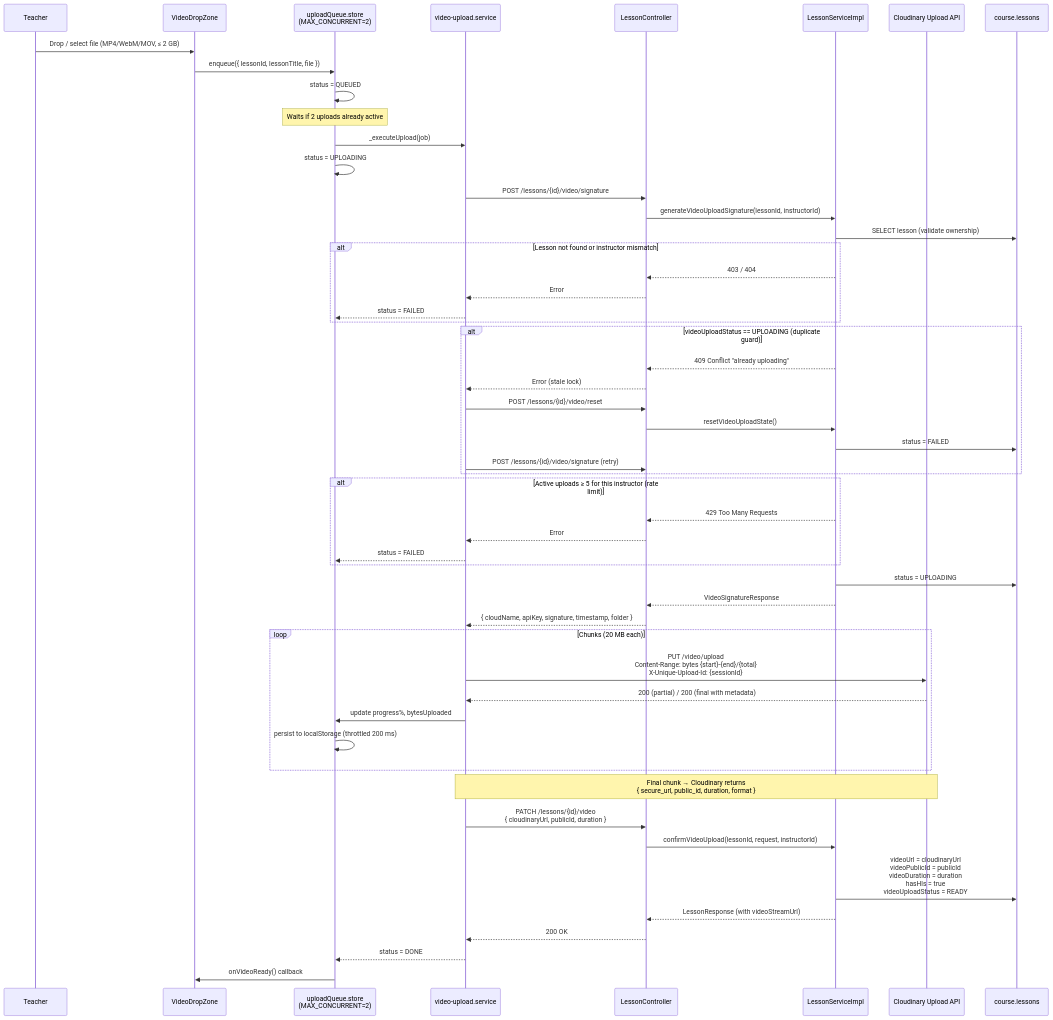
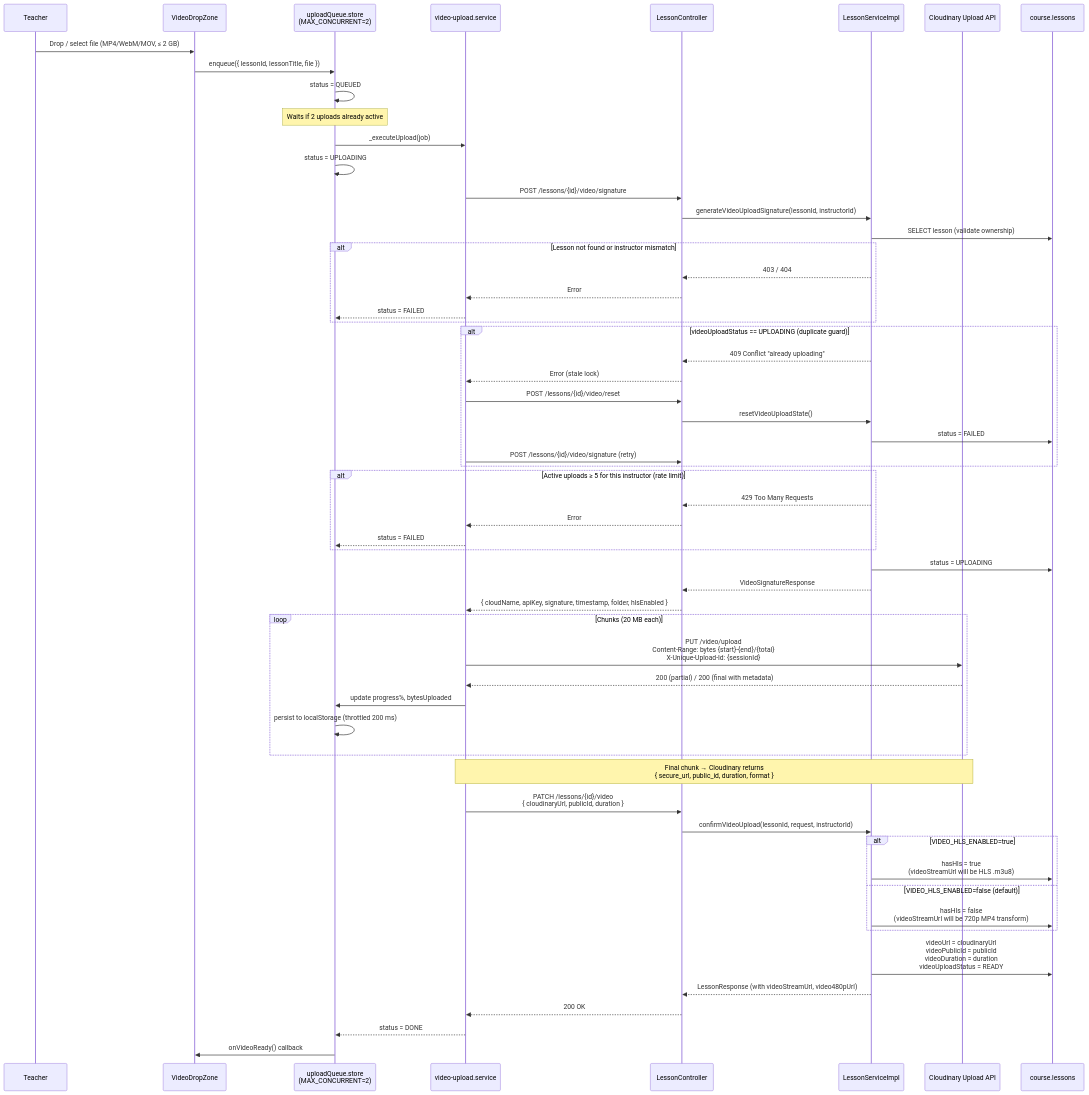
The third of 5 diagrams in docs/workflows/video_upload_workflows.md (HuuLocFIT/EduMind), drawn with Mermaid before and after one commit. The commit also changed other lines of this file and 14 other files, not shown here.

````diff
--- a/docs/workflows/video_upload_workflows.md
+++ b/docs/workflows/video_upload_workflows.md
@@ -93,66 +101,73 @@
 ```mermaid
 sequenceDiagram
     participant Teacher
     participant VDZ as VideoDropZone
     participant Queue as uploadQueue.store<br/>(MAX_CONCURRENT=2)
     participant UploadSvc as video-upload.service
     participant Backend as LessonController
     participant LessonSvc as LessonServiceImpl
     participant CldAPI as Cloudinary Upload API
     participant DB as course.lessons
 
     Teacher->>VDZ: Drop / select file (MP4/WebM/MOV, ≤ 2 GB)
     VDZ->>Queue: enqueue({ lessonId, lessonTitle, file })
     Queue->>Queue: status = QUEUED
     Note over Queue: Waits if 2 uploads already active
 
     Queue->>UploadSvc: _executeUpload(job)
     Queue->>Queue: status = UPLOADING
 
     UploadSvc->>Backend: POST /lessons/{id}/video/signature
     Backend->>LessonSvc: generateVideoUploadSignature(lessonId, instructorId)
 
     LessonSvc->>DB: SELECT lesson (validate ownership)
     alt Lesson not found or instructor mismatch
         LessonSvc-->>Backend: 403 / 404
         Backend-->>UploadSvc: Error
         UploadSvc-->>Queue: status = FAILED
     end
 
     alt videoUploadStatus == UPLOADING (duplicate guard)
         LessonSvc-->>Backend: 409 Conflict "already uploading"
         Backend-->>UploadSvc: Error (stale lock)
         UploadSvc->>Backend: POST /lessons/{id}/video/reset
         Backend->>LessonSvc: resetVideoUploadState()
         LessonSvc->>DB: status = FAILED
         UploadSvc->>Backend: POST /lessons/{id}/video/signature (retry)
     end
 
     alt Active uploads ≥ 5 for this instructor (rate limit)
         LessonSvc-->>Backend: 429 Too Many Requests
         Backend-->>UploadSvc: Error
         UploadSvc-->>Queue: status = FAILED
     end
 
     LessonSvc->>DB: status = UPLOADING
     LessonSvc-->>Backend: VideoSignatureResponse
-    Backend-->>UploadSvc: { cloudName, apiKey, signature, timestamp, folder }
+    Backend-->>UploadSvc: { cloudName, apiKey, signature, timestamp, folder, hlsEnabled }
 
     loop Chunks (20 MB each)
         UploadSvc->>CldAPI: PUT /video/upload<br/>Content-Range: bytes {start}-{end}/{total}<br/>X-Unique-Upload-Id: {sessionId}
         CldAPI-->>UploadSvc: 200 (partial) / 200 (final with metadata)
         UploadSvc->>Queue: update progress%, bytesUploaded
         Queue->>Queue: persist to localStorage (throttled 200 ms)
     end
 
     Note over UploadSvc,CldAPI: Final chunk → Cloudinary returns<br/>{ secure_url, public_id, duration, format }
 
     UploadSvc->>Backend: PATCH /lessons/{id}/video<br/>{ cloudinaryUrl, publicId, duration }
     Backend->>LessonSvc: confirmVideoUpload(lessonId, request, instructorId)
-    LessonSvc->>DB: videoUrl = cloudinaryUrl<br/>videoPublicId = publicId<br/>videoDuration = duration<br/>hasHls = true<br/>videoUploadStatus = READY
 
-    LessonSvc-->>Backend: LessonResponse (with videoStreamUrl)
+    alt VIDEO_HLS_ENABLED=true
+        LessonSvc->>DB: hasHls = true<br/>(videoStreamUrl will be HLS .m3u8)
+    else VIDEO_HLS_ENABLED=false (default)
+        LessonSvc->>DB: hasHls = false<br/>(videoStreamUrl will be 720p MP4 transform)
+    end
+
+    LessonSvc->>DB: videoUrl = cloudinaryUrl<br/>videoPublicId = publicId<br/>videoDuration = duration<br/>videoUploadStatus = READY
+
+    LessonSvc-->>Backend: LessonResponse (with videoStreamUrl, video480pUrl)
     Backend-->>UploadSvc: 200 OK
     UploadSvc-->>Queue: status = DONE
     Queue->>VDZ: onVideoReady() callback
 ```
````
